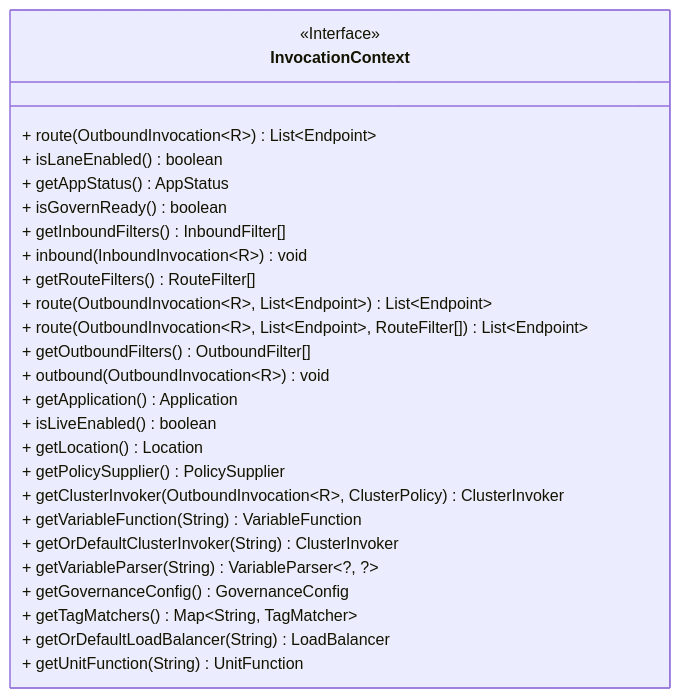
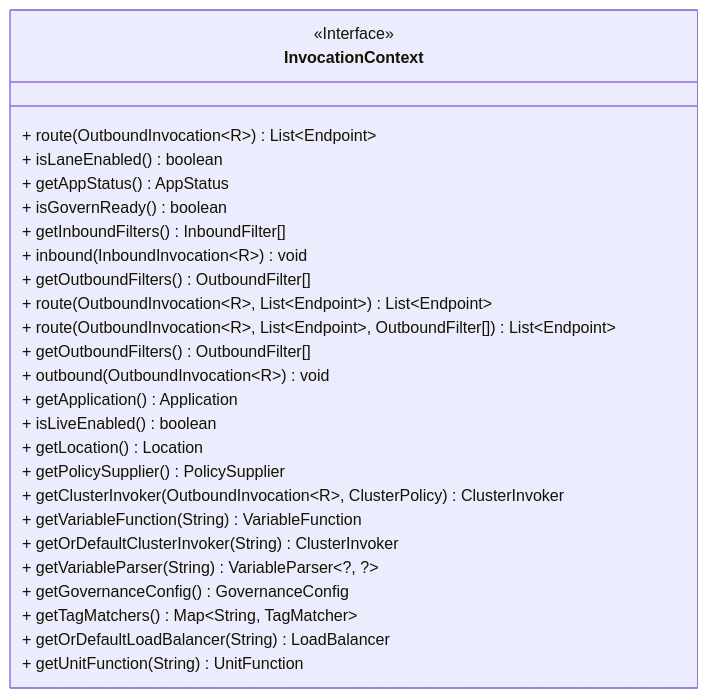
One commit to jd-opensource/joylive-agent changed the ninth of 13 diagrams in docs/cn/flowcontrol.md. Above: the diagram before and after it, drawn with Mermaid. The commit also changed other lines of this file and 1 other file, not shown here.

````diff
--- a/docs/cn/flowcontrol.md
+++ b/docs/cn/flowcontrol.md
@@ -894,31 +894,31 @@
 ```mermaid
 classDiagram
 direction BT
 class InvocationContext {
 <<Interface>>
   + route(OutboundInvocation~R~) List~Endpoint~
   + isLaneEnabled() boolean
   + getAppStatus() AppStatus
   + isGovernReady() boolean
   + getInboundFilters() InboundFilter[]
   + inbound(InboundInvocation~R~) void
-  + getRouteFilters() RouteFilter[]
+  + getOutboundFilters() OutboundFilter[]
   + route(OutboundInvocation~R~, List~Endpoint~) List~Endpoint~
-  + route(OutboundInvocation~R~, List~Endpoint~, RouteFilter[]) List~Endpoint~
+  + route(OutboundInvocation~R~, List~Endpoint~, OutboundFilter[]) List~Endpoint~
   + getOutboundFilters() OutboundFilter[]
   + outbound(OutboundInvocation~R~) void
   + getApplication() Application
   + isLiveEnabled() boolean
   + getLocation() Location
   + getPolicySupplier() PolicySupplier
   + getClusterInvoker(OutboundInvocation~R~, ClusterPolicy) ClusterInvoker
   + getVariableFunction(String) VariableFunction
   + getOrDefaultClusterInvoker(String) ClusterInvoker
   + getVariableParser(String) VariableParser~?, ?~
   + getGovernanceConfig() GovernanceConfig
   + getTagMatchers() Map~String, TagMatcher~
   + getOrDefaultLoadBalancer(String) LoadBalancer
   + getUnitFunction(String) UnitFunction
 }
 
 ```
````
